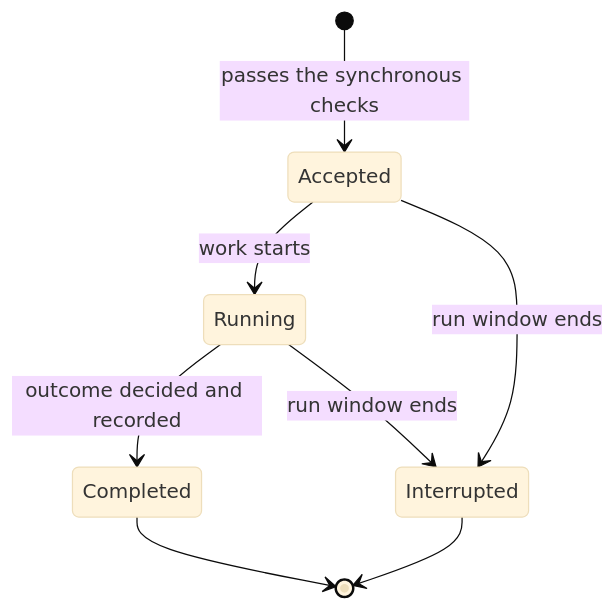
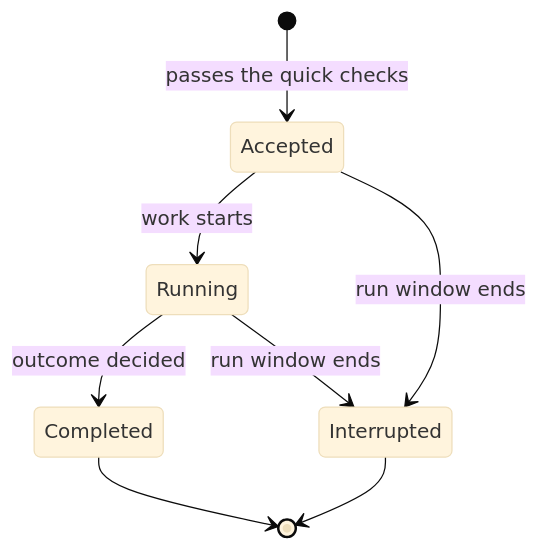
Before and after one commit to constructorfabric/gears-rust: the second of 2 diagrams in gears/system/application-manager/docs/PRD.md, drawn with Mermaid (base theme). The commit also changed other lines of this file and 8 other files, not shown here.

````diff
--- a/gears/system/application-manager/docs/PRD.md
+++ b/gears/system/application-manager/docs/PRD.md
@@ -442,10 +310,10 @@
 ```mermaid
 stateDiagram-v2
-    [*] --> Accepted: passes the synchronous checks
+    [*] --> Accepted: passes the quick checks
     Accepted --> Running: work starts
-    Running --> Completed: outcome decided and recorded
+    Running --> Completed: outcome decided
     Accepted --> Interrupted: run window ends
     Running --> Interrupted: run window ends
     Completed --> [*]
     Interrupted --> [*]
 ```
````
